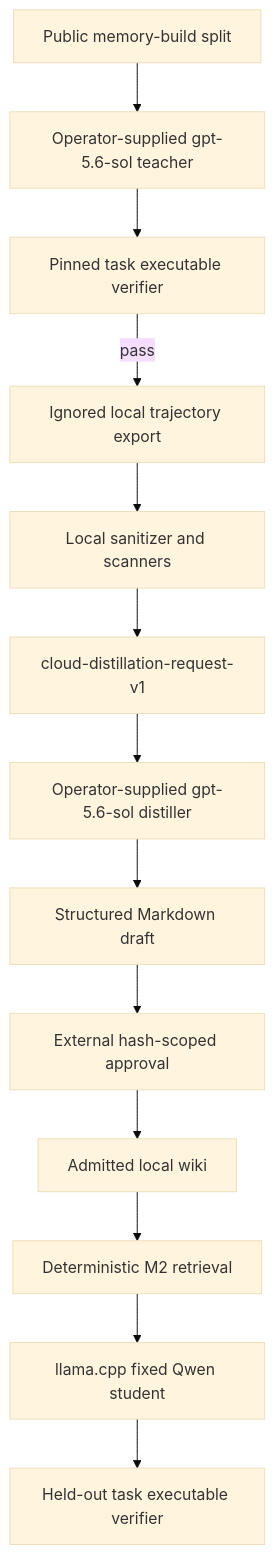
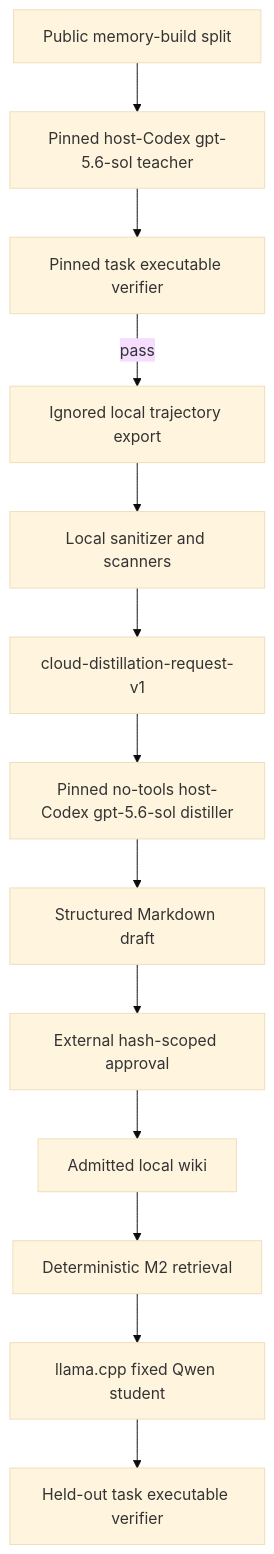
Before and after one commit to raghavan/longtail-inference-lab: the diagram in projects/01_terminal_artifact_memory/SETUP.md, drawn with Mermaid (base theme). The commit also changed other lines of this file and 28 other files, not shown here.

First line of the commit message:
feat(artifact_memory): preregister GPT-5.6-sol Qwen transfer pilot (#38)

````diff
--- a/projects/01_terminal_artifact_memory/SETUP.md
+++ b/projects/01_terminal_artifact_memory/SETUP.md
@@ -35,15 +35,15 @@
 ```mermaid
 flowchart TD
-    A[Public memory-build split] --> B[Operator-supplied gpt-5.6-sol teacher]
+    A[Public memory-build split] --> B[Pinned host-Codex gpt-5.6-sol teacher]
     B --> C[Pinned task executable verifier]
     C -->|pass| D[Ignored local trajectory export]
     D --> E[Local sanitizer and scanners]
     E --> F[cloud-distillation-request-v1]
-    F --> G[Operator-supplied gpt-5.6-sol distiller]
+    F --> G[Pinned no-tools host-Codex gpt-5.6-sol distiller]
     G --> H[Structured Markdown draft]
     H --> I[External hash-scoped approval]
     I --> J[Admitted local wiki]
     J --> K[Deterministic M2 retrieval]
     K --> L[llama.cpp fixed Qwen student]
     L --> M[Held-out task executable verifier]
 ```
````
